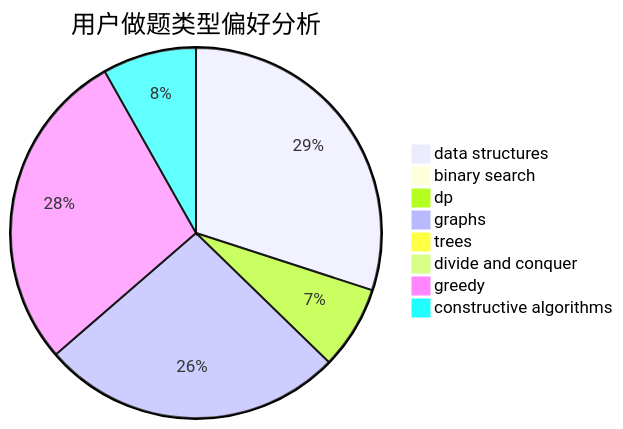
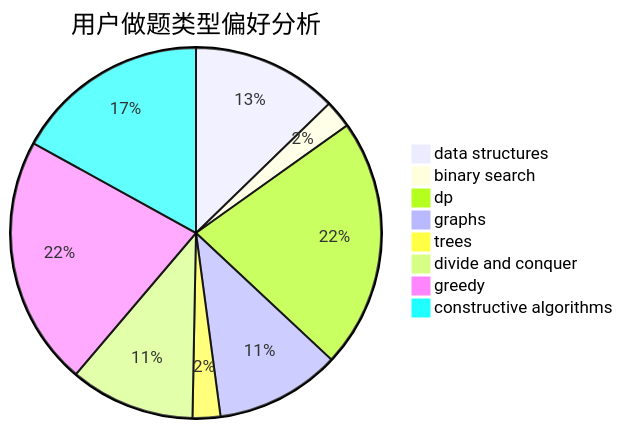
The second of 3 diagrams in docs/user/u1880.md (sherpahu/cfrs.github.io), drawn with Mermaid before and after one commit. The commit also changed other lines of this file and 2770 other files, not shown here.

````diff
--- a/docs/user/u1880.md
+++ b/docs/user/u1880.md
@@ -23,11 +23,11 @@
 ```mermaid
 pie title 用户做题类型偏好分析
-    "data structures" :  33
-    "binary search" :  1
-    "dp" :  8
-    "graphs" :  29
-    "trees" :  1
-    "divide and conquer" :  0
-    "greedy" :  31
-    "constructive algorithms" :  9
+    "data structures" :  21
+    "binary search" :  4
+    "dp" :  36
+    "graphs" :  18
+    "trees" :  4
+    "divide and conquer" :  18
+    "greedy" :  36
+    "constructive algorithms" :  28
 ```
````
